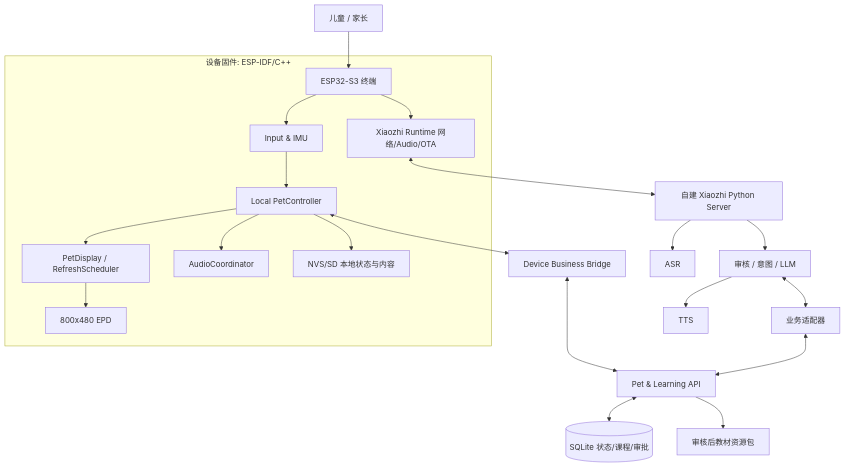
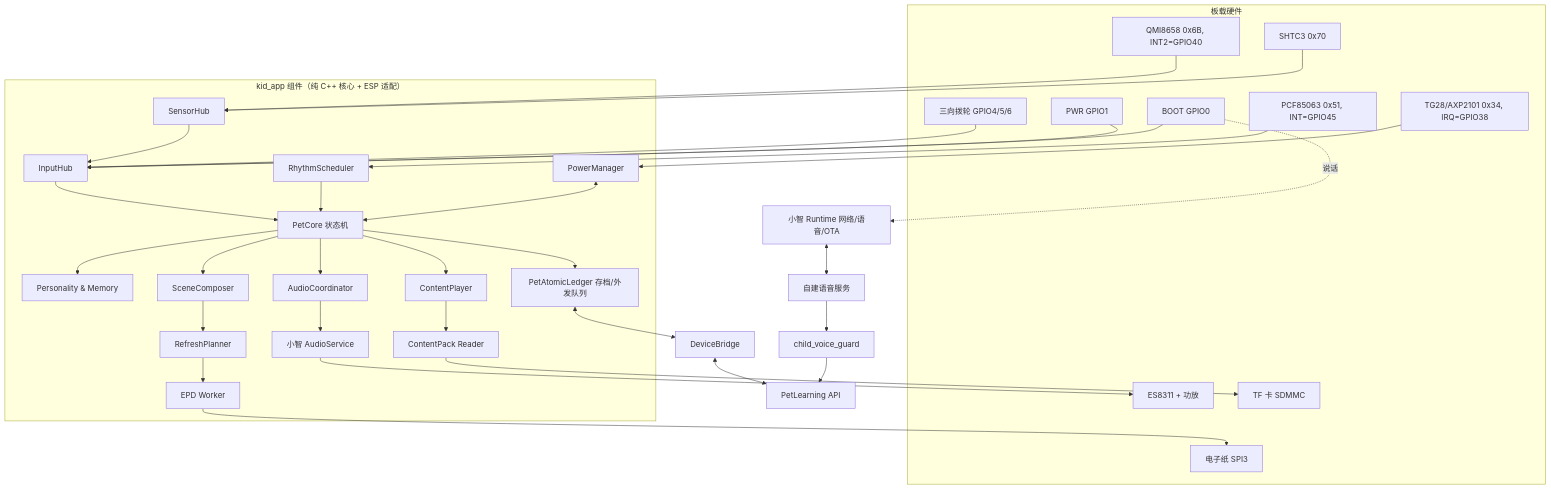
Before and after one commit to birdshao/xiaozhi-pet: the diagram in docs/ARCHITECTURE.md, drawn with Mermaid. The commit also changed other lines of this file and 6 other files, not shown here.

````diff
--- a/docs/ARCHITECTURE.md
+++ b/docs/ARCHITECTURE.md
@@ -9,23 +11,40 @@
 ```mermaid
 flowchart TB
-    Child[儿童 / 家长] --> HW[ESP32-S3 终端]
-    subgraph DEVICE[设备固件: ESP-IDF/C++]
-       HW --> Input[Input & IMU]
-       Input --> Pet[Local PetController]
-       Pet --> Scene[PetDisplay / RefreshScheduler]
-       Pet --> Audio[AudioCoordinator]
-       Pet --> Store[NVS/SD 本地状态与内容]
-       HW --> Xiaozhi[Xiaozhi Runtime 网络/Audio/OTA]
-       Scene --> EPD[800x480 EPD]
+    subgraph HW[板载硬件]
+      DIAL["三向拨轮 GPIO4/5/6"]
+      BOOT["BOOT GPIO0"]
+      PWR["PWR GPIO1"]
+      IMU["QMI8658 0x6B, INT2=GPIO40"]
+      RTC["PCF85063 0x51, INT=GPIO45"]
+      ENV["SHTC3 0x70"]
+      PMU["TG28/AXP2101 0x34, IRQ=GPIO38"]
+      EPD["电子纸 SPI3"]
+      AUD["ES8311 + 功放"]
+      SD["TF 卡 SDMMC"]
     end
-    Xiaozhi <--> Voice[自建 Xiaozhi Python Server]
-    Voice --> ASR[ASR]
-    Voice --> Dialog[审核 / 意图 / LLM]
-    Dialog --> TTS[TTS]
-    Dialog <--> Adapter[业务适配器]
-    Pet <--> Bridge[Device Business Bridge]
-    Bridge <--> App[Pet & Learning API]
-    Adapter <--> App
-    App <--> DB[(SQLite 状态/课程/审批)]
-    App --> Content[审核后教材资源包]
+    subgraph KID[kid_app 组件（纯 C++ 核心 + ESP 适配）]
+      IN[InputHub] --> PET[PetCore 状态机]
+      SENS[SensorHub] --> IN
+      RHY[RhythmScheduler] --> PET
+      PWRM[PowerManager] <--> PET
+      PET --> MEM[Personality & Memory]
+      PET --> LED[PetAtomicLedger 存档/外发队列]
+      PET --> SCN[SceneComposer] --> RG[RefreshPlanner] --> EPDW[EPD Worker]
+      PET --> AC[AudioCoordinator] --> AOUT[小智 AudioService]
+      PET --> CP[ContentPlayer] --> PACK[ContentPack Reader]
+    end
+    DIAL --> IN
+    BOOT --> IN
+    PWR --> IN
+    IMU --> SENS
+    ENV --> SENS
+    RTC --> RHY
+    PMU --> PWRM
+    EPDW --> EPD
+    AOUT --> AUD
+    PACK --> SD
+    XZ["小智 Runtime 网络/语音/OTA"] <--> VOICE[自建语音服务]
+    BOOT -. 说话 .-> XZ
+    LED <--> BR[DeviceBridge] <--> API[PetLearning API]
+    VOICE --> GUARD[child_voice_guard] --> API
 ```
````
